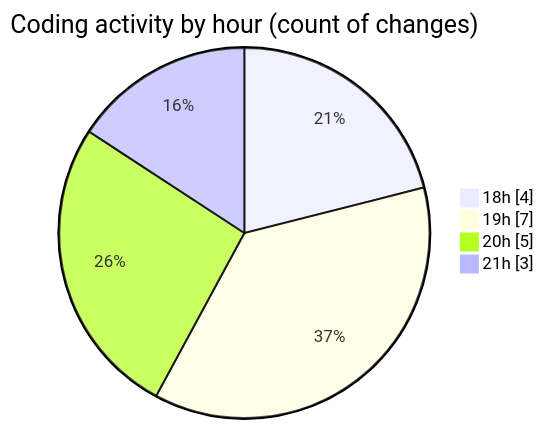
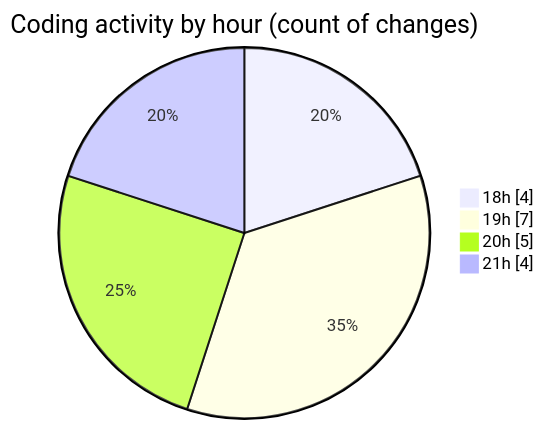
One commit to EIIisD/code-tracking changed the second of 2 diagrams in 2025-07-27/refunds/README.md. Above: the diagram before and after it, drawn with Mermaid. The commit also changed other lines of this file and 1 other file, not shown here.

````diff
--- a/2025-07-27/refunds/README.md
+++ b/2025-07-27/refunds/README.md
@@ -37,8 +37,8 @@
 ```mermaid
 pie showData
 title Coding activity by hour (count of changes)
 "18h" : 4
 "19h" : 7
 "20h" : 5
-"21h" : 3
+"21h" : 4
 ```
````
